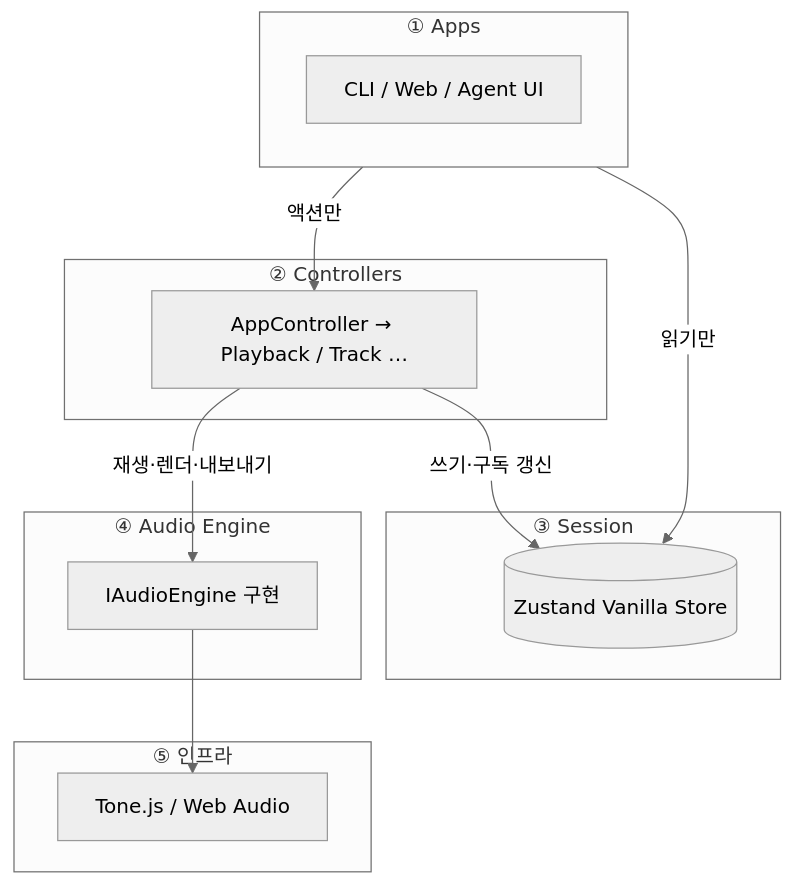
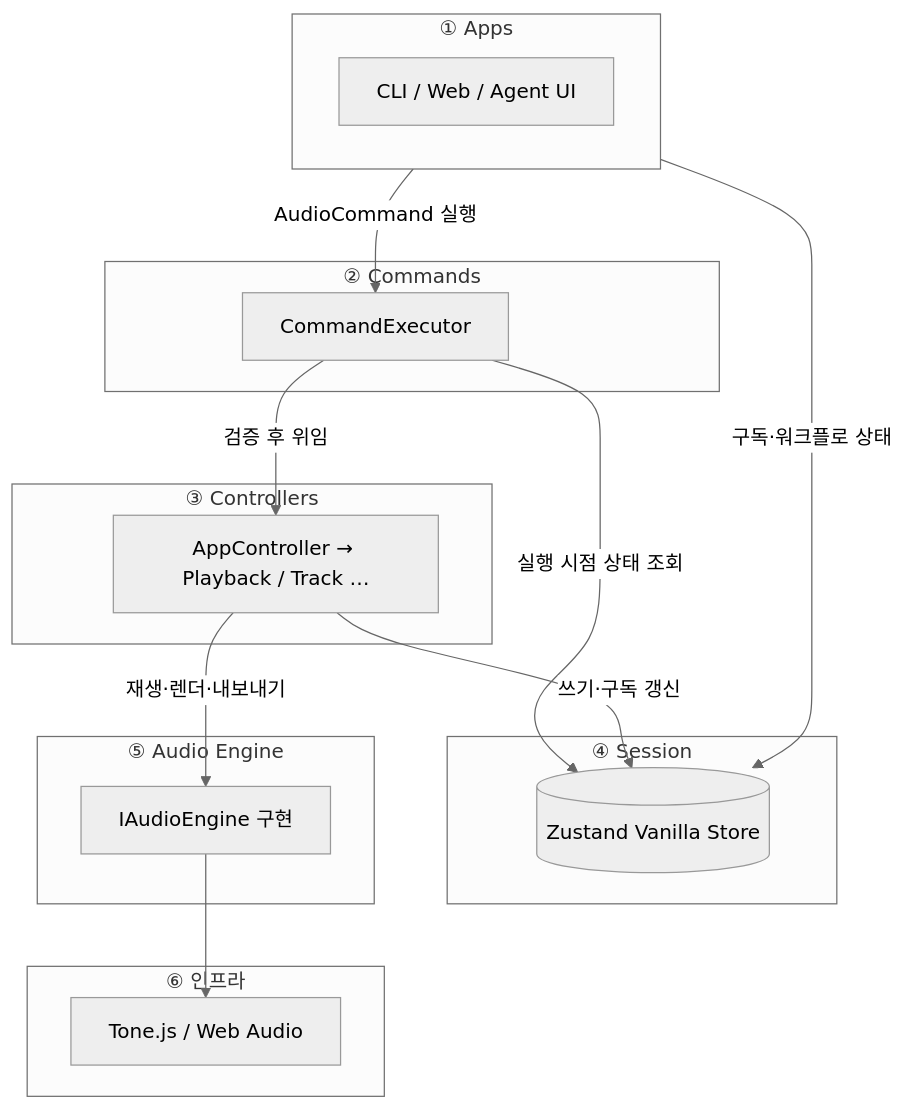
The first of 4 diagrams in docs/architecture.md (whizzkid1452/drop-ai), drawn with Mermaid (neutral theme) before and after one commit. The commit also changed other lines of this file and 2 other files, not shown here.

Commit message:
refactor(command): 기존 명령 디스패처 정리

````diff
--- a/docs/architecture.md
+++ b/docs/architecture.md
@@ -15,30 +18,36 @@
 ```mermaid
 flowchart TB
     subgraph apps["① Apps"]
         direction LR
         A["CLI / Web / Agent UI"]
     end
 
-    subgraph ctrl["② Controllers"]
+    subgraph command["② Commands"]
+        CE["CommandExecutor"]
+    end
+
+    subgraph ctrl["③ Controllers"]
         AC["AppController → Playback / Track …"]
     end
 
-    subgraph state["③ Session"]
+    subgraph state["④ Session"]
         SS[("Zustand Vanilla Store")]
     end
 
-    subgraph ae["④ Audio Engine"]
+    subgraph ae["⑤ Audio Engine"]
         IAE["IAudioEngine 구현"]
     end
 
-    subgraph low["⑤ 인프라"]
+    subgraph low["⑥ 인프라"]
         T["Tone.js / Web Audio"]
     end
 
-    A -->|"액션만"| AC
-    A -->|"읽기만"| SS
+    A -->|"AudioCommand 실행"| CE
+    A -->|"구독·워크플로 상태"| SS
 
+    CE -->|"검증 후 위임"| AC
+    CE -->|"실행 시점 상태 조회"| SS
     AC -->|"쓰기·구독 갱신"| SS
     AC -->|"재생·렌더·내보내기"| IAE
     IAE --> T
 ```
````
